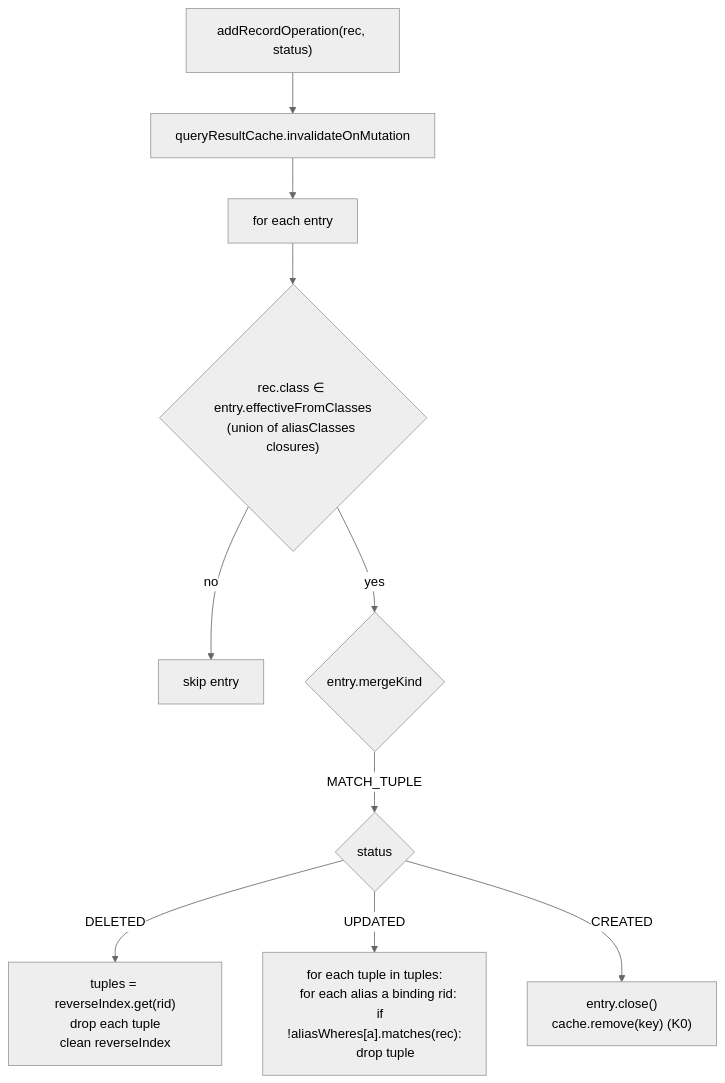
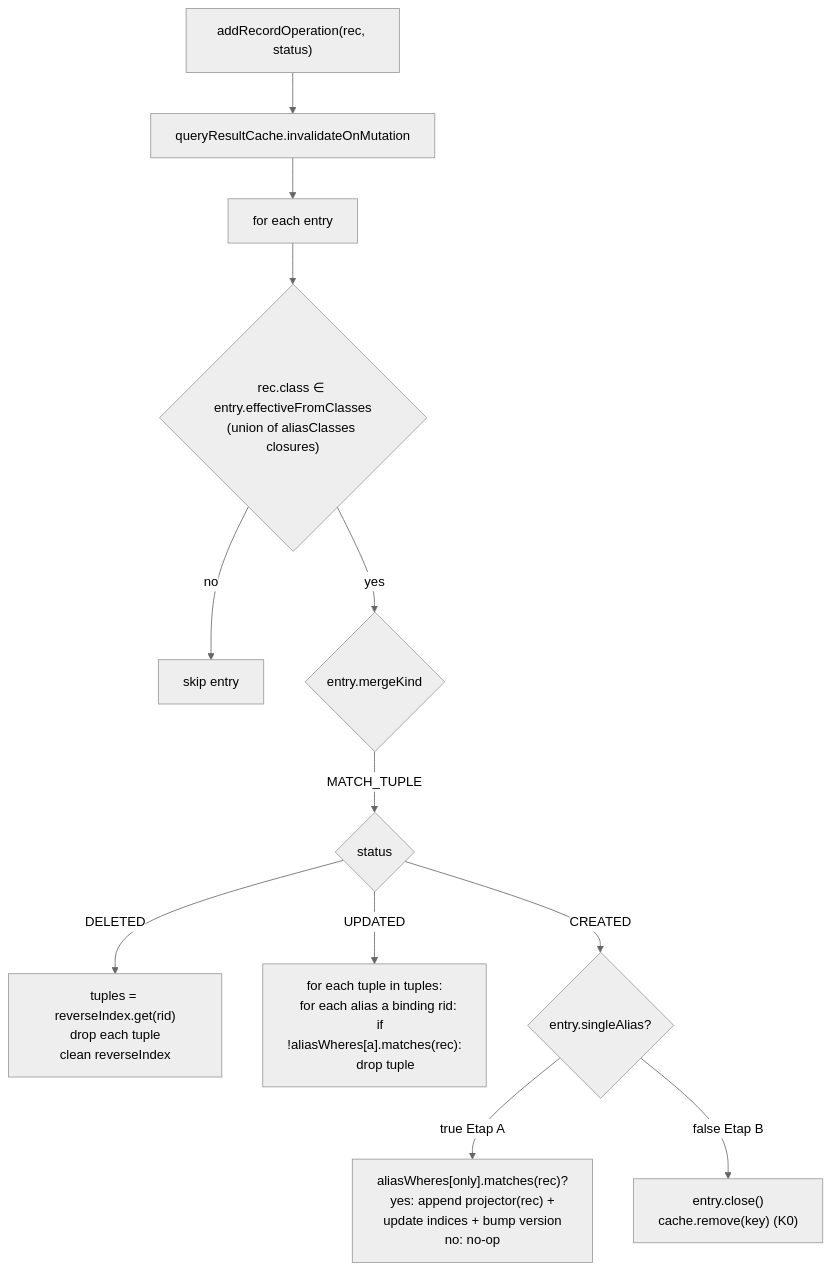
The diagram in docs/adr/YTDB-820-tx-result-cache/_workflow/plan/track-8.md (JetBrains/youtrackdb), drawn with Mermaid (neutral theme) before and after one commit. The commit also changed other lines of this file and 3 other files, not shown here.

Commit message:
Pre-review design pass: D12-D14, MATCH Etap A, side-tap, cleanup

````diff
--- a/docs/adr/YTDB-820-tx-result-cache/_workflow/plan/track-8.md
+++ b/docs/adr/YTDB-820-tx-result-cache/_workflow/plan/track-8.md
@@ -142,12 +156,14 @@
 ```mermaid
 flowchart TD
     Mut["addRecordOperation(rec, status)"] --> Cache["queryResultCache.invalidateOnMutation"]
     Cache --> Iter["for each entry"]
     Iter --> Poly{"rec.class ∈ entry.effectiveFromClasses<br/>(union of aliasClasses closures)"}
     Poly -->|no| Skip[skip entry]
     Poly -->|yes| Kind{"entry.mergeKind"}
     Kind -->|MATCH_TUPLE| MatchDispatch{"status"}
     MatchDispatch -->|DELETED| MatchDel["tuples = reverseIndex.get(rid)<br/>drop each tuple<br/>clean reverseIndex"]
     MatchDispatch -->|UPDATED| MatchUpd["for each tuple in tuples:<br/>  for each alias a binding rid:<br/>    if !aliasWheres[a].matches(rec):<br/>      drop tuple"]
-    MatchDispatch -->|CREATED| MatchWipe["entry.close()<br/>cache.remove(key) (K0)"]
+    MatchDispatch -->|CREATED| SingleAlias{"entry.singleAlias?"}
+    SingleAlias -->|true Etap A| MatchAppend["aliasWheres[only].matches(rec)?<br/>yes: append projector(rec) +<br/>update indices + bump version<br/>no: no-op"]
+    SingleAlias -->|false Etap B| MatchWipe["entry.close()<br/>cache.remove(key) (K0)"]
 ```
````
